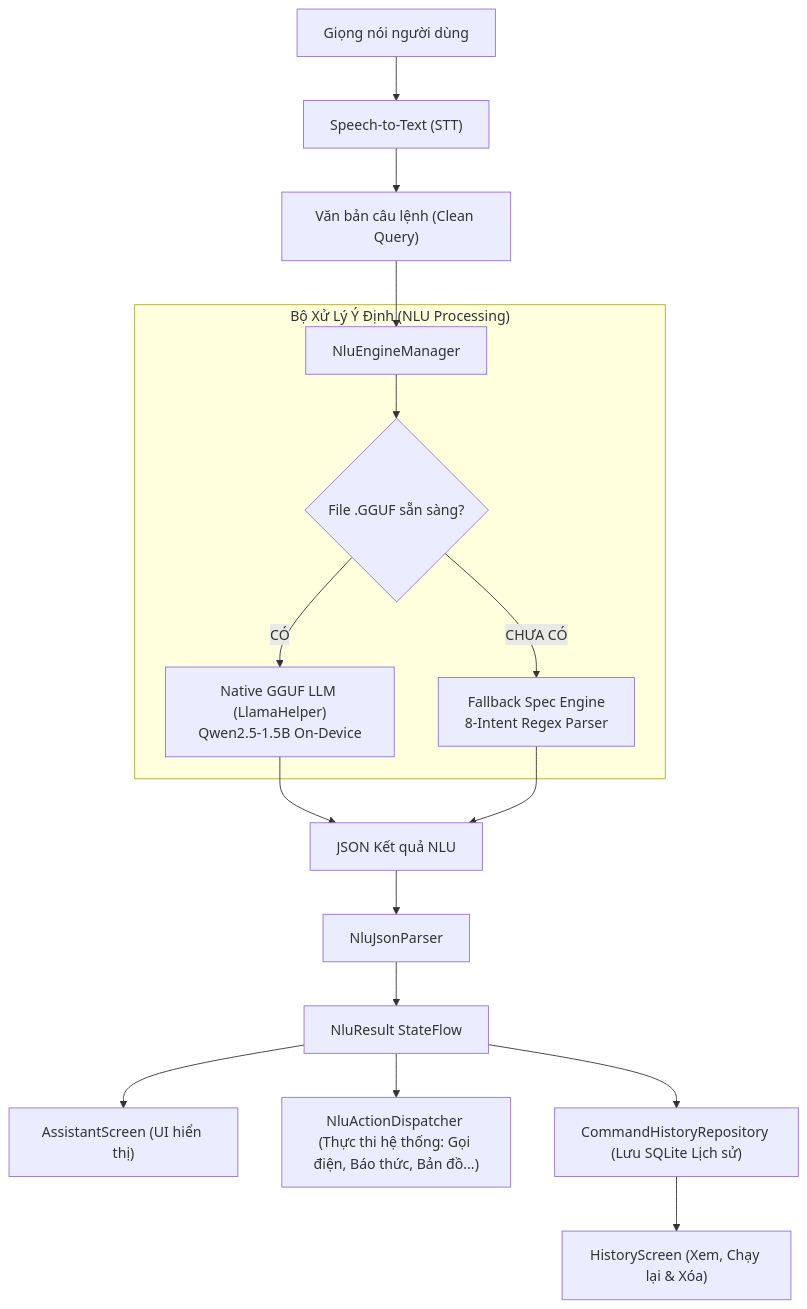
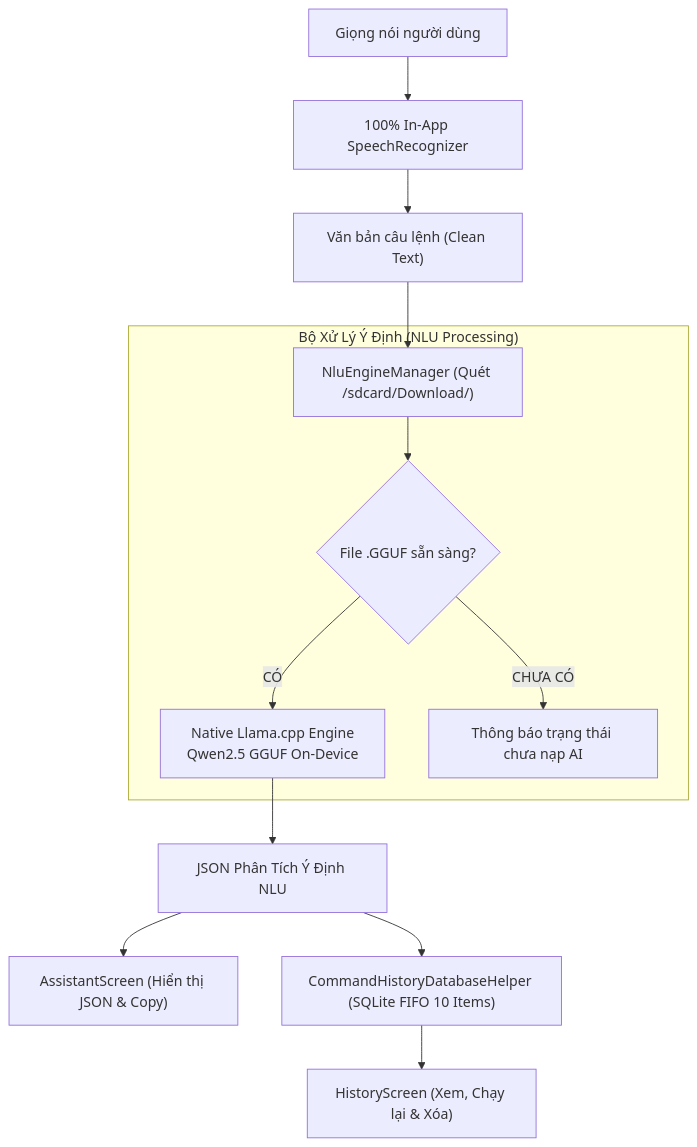
One commit to tuanhdevvn/ViDroidCall-Studio changed the diagram in README.md. Above: the diagram before and after it, drawn with Mermaid. The commit also changed other lines of this file, not shown here.

````diff
--- a/README.md
+++ b/README.md
@@ -69,21 +68,17 @@
 ```mermaid
 flowchart TD
-    A["Giọng nói người dùng"] --> B["Speech-to-Text (STT)"]
-    B --> C["Văn bản câu lệnh (Clean Query)"]
-    C --> D["NluEngineManager"]
+    A["Giọng nói người dùng"] --> B["100% In-App SpeechRecognizer"]
+    B --> C["Văn bản câu lệnh (Clean Text)"]
+    C --> D["NluEngineManager (Quét /sdcard/Download/)"]
     
     subgraph AI_Engine ["Bộ Xử Lý Ý Định (NLU Processing)"]
         D --> E{"File .GGUF sẵn sàng?"}
-        E -- "CÓ" --> F["Native GGUF LLM (LlamaHelper)<br/>Qwen2.5-1.5B On-Device"]
-        E -- "CHƯA CÓ" --> G["Fallback Spec Engine<br/>8-Intent Regex Parser"]
+        E -- "CÓ" --> F["Native Llama.cpp Engine<br/>Qwen2.5 GGUF On-Device"]
+        E -- "CHƯA CÓ" --> G["Thông báo trạng thái chưa nạp AI"]
     end
     
-    F --> H["JSON Kết quả NLU"]
-    G --> H
-    H --> I["NluJsonParser"]
-    I --> J["NluResult StateFlow"]
-    J --> K["AssistantScreen (UI hiển thị)"]
-    J --> L["NluActionDispatcher (Thực thi hệ thống: Gọi điện, Báo thức, Bản đồ...)"]
-    J --> M["CommandHistoryRepository (Lưu SQLite Lịch sử)"]
-    M --> N["HistoryScreen (Xem, Chạy lại & Xóa)"]
+    F --> H["JSON Phân Tích Ý Định NLU"]
+    H --> I["AssistantScreen (Hiển thị JSON & Copy)"]
+    H --> J["CommandHistoryDatabaseHelper (SQLite FIFO 10 Items)"]
+    J --> K["HistoryScreen (Xem, Chạy lại & Xóa)"]
 ```
````
